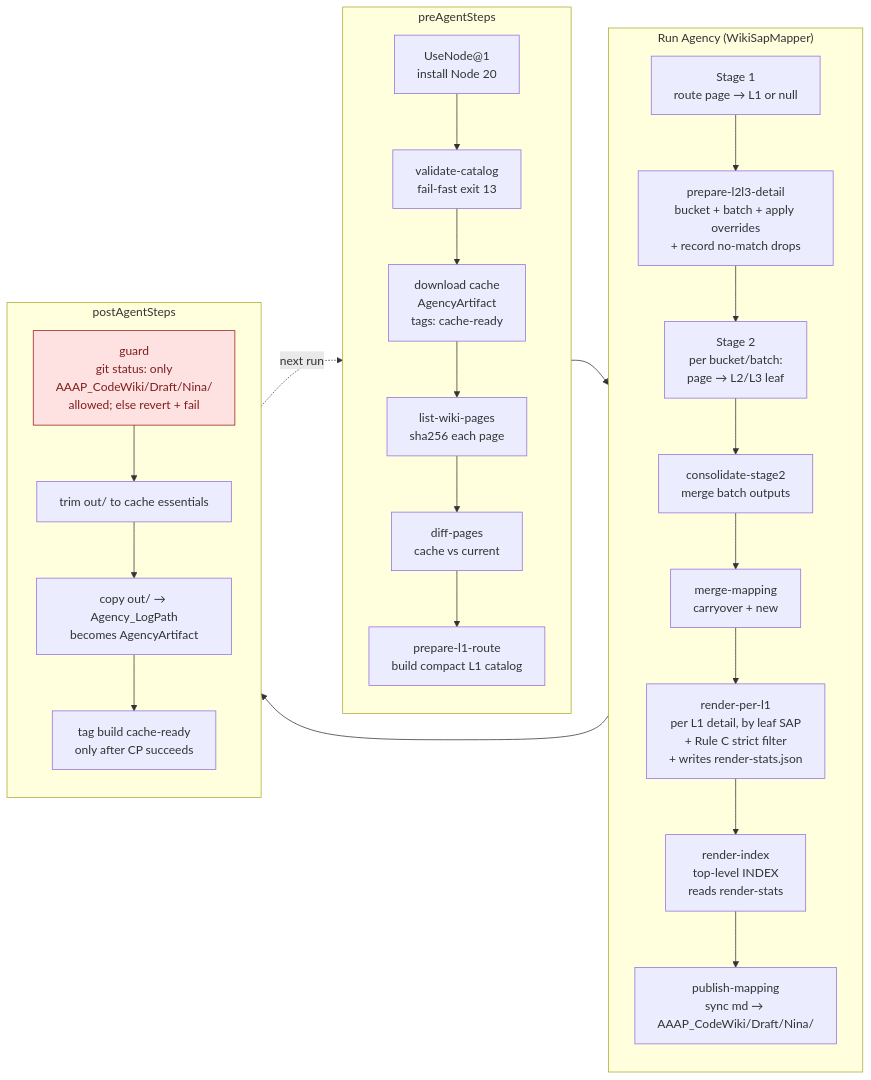
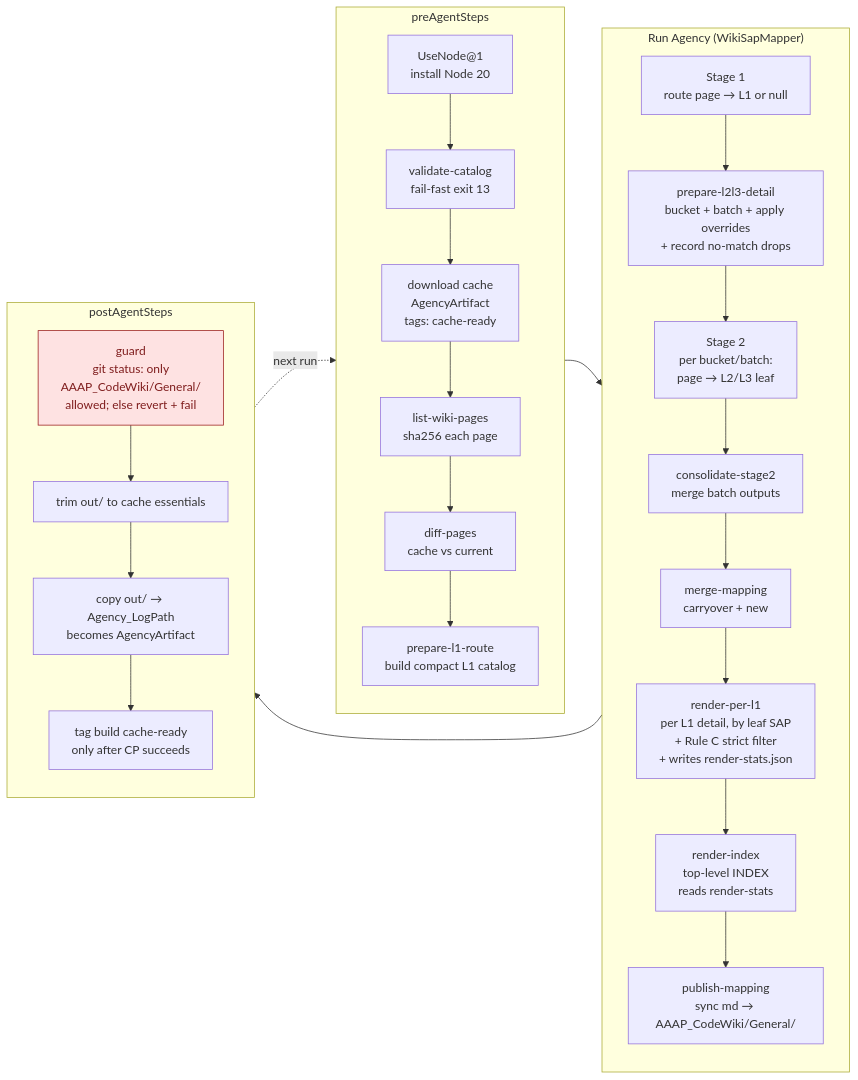
The second of 3 diagrams in README.md (MSNina123456/wiki-sap-mapping), drawn with Mermaid before and after one commit. The commit also changed other lines of this file and 4 other files, not shown here.

First line of the commit message:
Migrate publish path AAAP_CodeWiki/Draft/Nina -> AAAP_CodeWiki/General

````diff
--- a/README.md
+++ b/README.md
@@ -87,41 +87,41 @@
 ```mermaid
 flowchart LR
   subgraph PRE[preAgentSteps]
     direction TB
     N["UseNode@1<br/>install Node 20"]
     V["validate-catalog<br/>fail-fast exit 13"]
     D["download cache<br/>AgencyArtifact<br/>tags: cache-ready"]
     L["list-wiki-pages<br/>sha256 each page"]
     DIFF["diff-pages<br/>cache vs current"]
     P1["prepare-l1-route<br/>build compact L1 catalog"]
     N --> V --> D --> L --> DIFF --> P1
   end
 
   subgraph AGENT["Run Agency (WikiSapMapper)"]
     direction TB
     S1[Stage 1<br/>route page → L1 or null]
     PREP2[prepare-l2l3-detail<br/>bucket + batch + apply overrides<br/>+ record no-match drops]
     S2[Stage 2<br/>per bucket/batch:<br/>page → L2/L3 leaf]
     CONS[consolidate-stage2<br/>merge batch outputs]
     MERGE[merge-mapping<br/>carryover + new]
     R2[render-per-l1<br/>per L1 detail, by leaf SAP<br/>+ Rule C strict filter<br/>+ writes render-stats.json]
     R1[render-index<br/>top-level INDEX<br/>reads render-stats]
-    PUB[publish-mapping<br/>sync md → AAAP_CodeWiki/Draft/Nina/]
+    PUB[publish-mapping<br/>sync md → AAAP_CodeWiki/General/]
     S1 --> PREP2 --> S2 --> CONS --> MERGE --> R2 --> R1 --> PUB
   end
 
   subgraph POST[postAgentSteps]
     direction TB
-    G[guard<br/>git status: only<br/>AAAP_CodeWiki/Draft/Nina/<br/>allowed; else revert + fail]
+    G[guard<br/>git status: only<br/>AAAP_CodeWiki/General/<br/>allowed; else revert + fail]
     T[trim out/ to cache essentials]
     CP[copy out/ → Agency_LogPath<br/>becomes AgencyArtifact]
     TAG[tag build cache-ready<br/>only after CP succeeds]
     G --> T --> CP --> TAG
   end
 
   PRE --> AGENT --> POST
   POST -.->|next run| D
 
   classDef warn fill:#fee2e2,stroke:#991b1b,color:#7f1d1d
   class G warn
 ```
````
